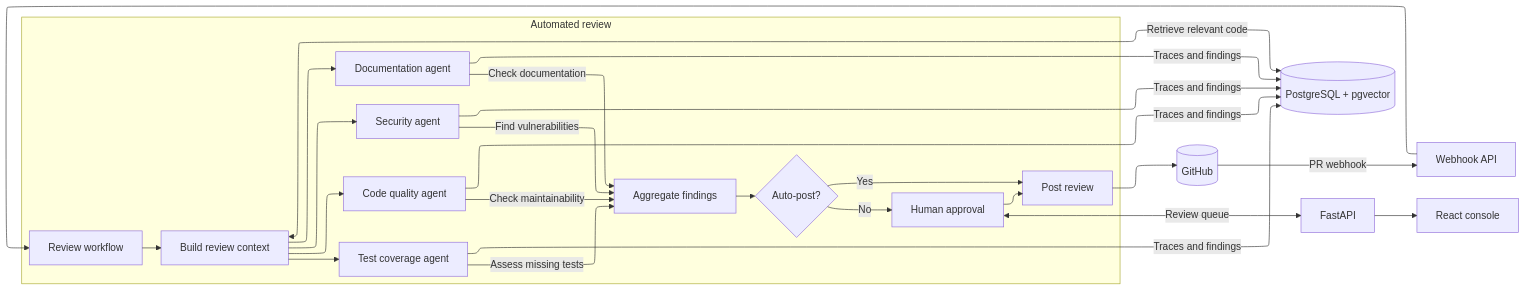
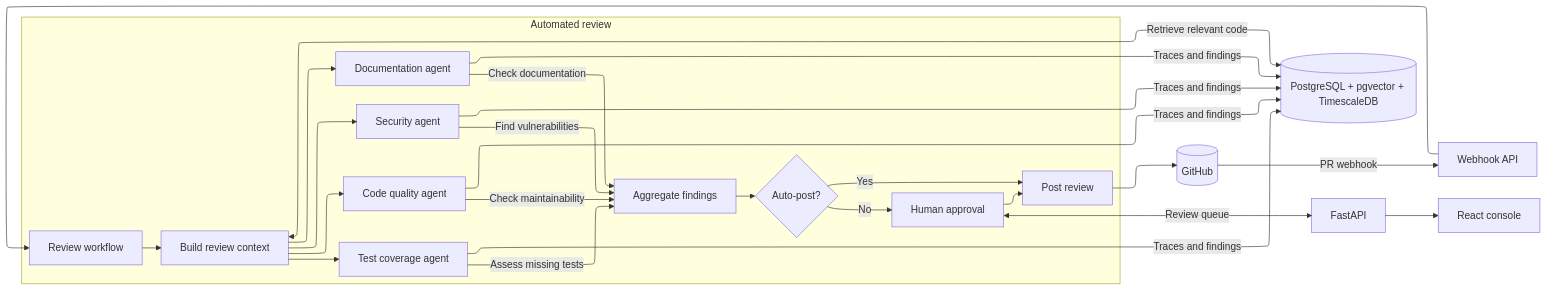
One commit to 0x-rekt/Perchly changed the first of 2 diagrams in README.md. Above: the diagram before and after it, drawn with Mermaid. The commit also changed other lines of this file and 16 other files, not shown here.

````diff
--- a/README.md
+++ b/README.md
@@ -111,36 +111,36 @@
 ```mermaid
 ---
 config:
   layout: elk
 ---
 flowchart LR
     GH[(GitHub)] -->|PR webhook| WH[Webhook API]
     WH --> WF[Review workflow]
 
     subgraph REVIEW[Automated review]
         WF --> CTX[Build review context]
 
         CTX --> SEC[Security agent]
         CTX --> QUAL[Code quality agent]
         CTX --> TEST[Test coverage agent]
         CTX --> DOCS[Documentation agent]
 
         SEC -->|Find vulnerabilities| AGG[Aggregate findings]
         QUAL -->|Check maintainability| AGG
         TEST -->|Assess missing tests| AGG
         DOCS -->|Check documentation| AGG
 
         AGG --> DEC{Auto-post?}
         DEC -->|Yes| POST[Post review]
         DEC -->|No| APPROVE[Human approval]
         APPROVE --> POST
     end
 
     POST --> GH
 
-    CTX <-->|Retrieve relevant code| DB[(PostgreSQL + pgvector)]
+    CTX <-->|Retrieve relevant code| DB[(PostgreSQL + pgvector + TimescaleDB)]
     SEC & QUAL & TEST & DOCS -->|Traces and findings| DB
 
     APPROVE <-->|Review queue| API[FastAPI]
     API --> UI[React console]
 ```
````
